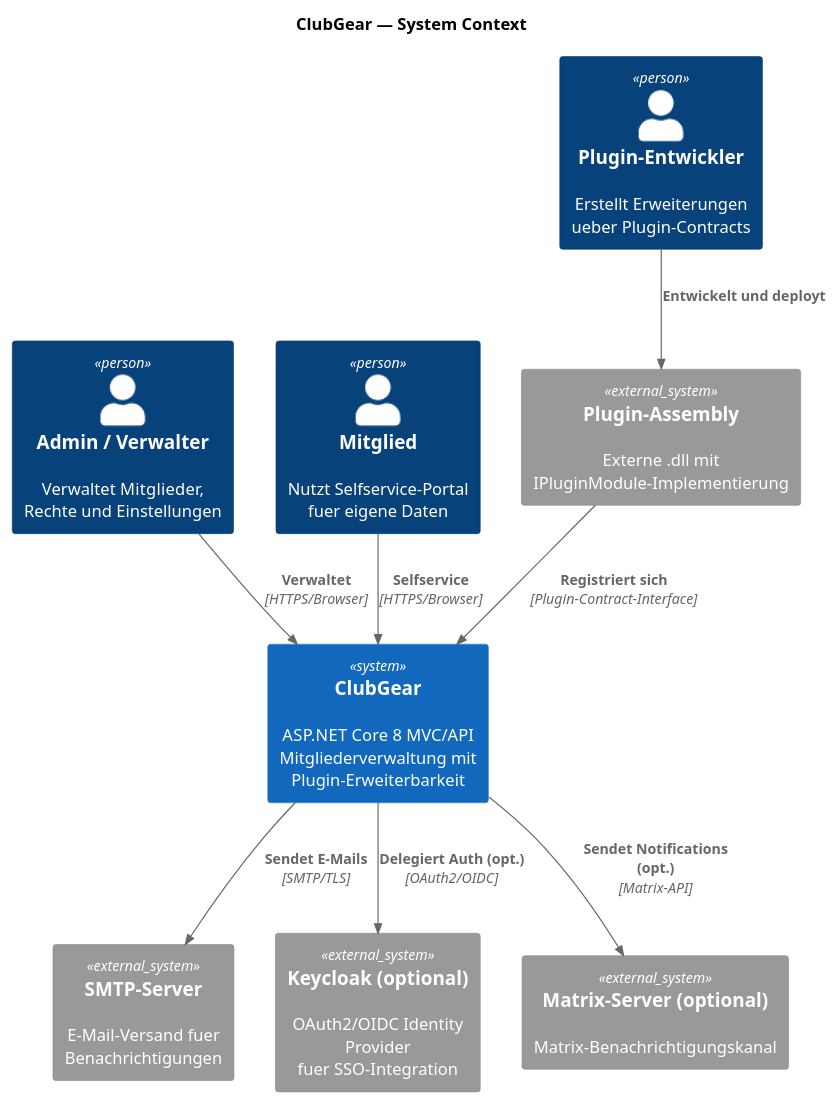
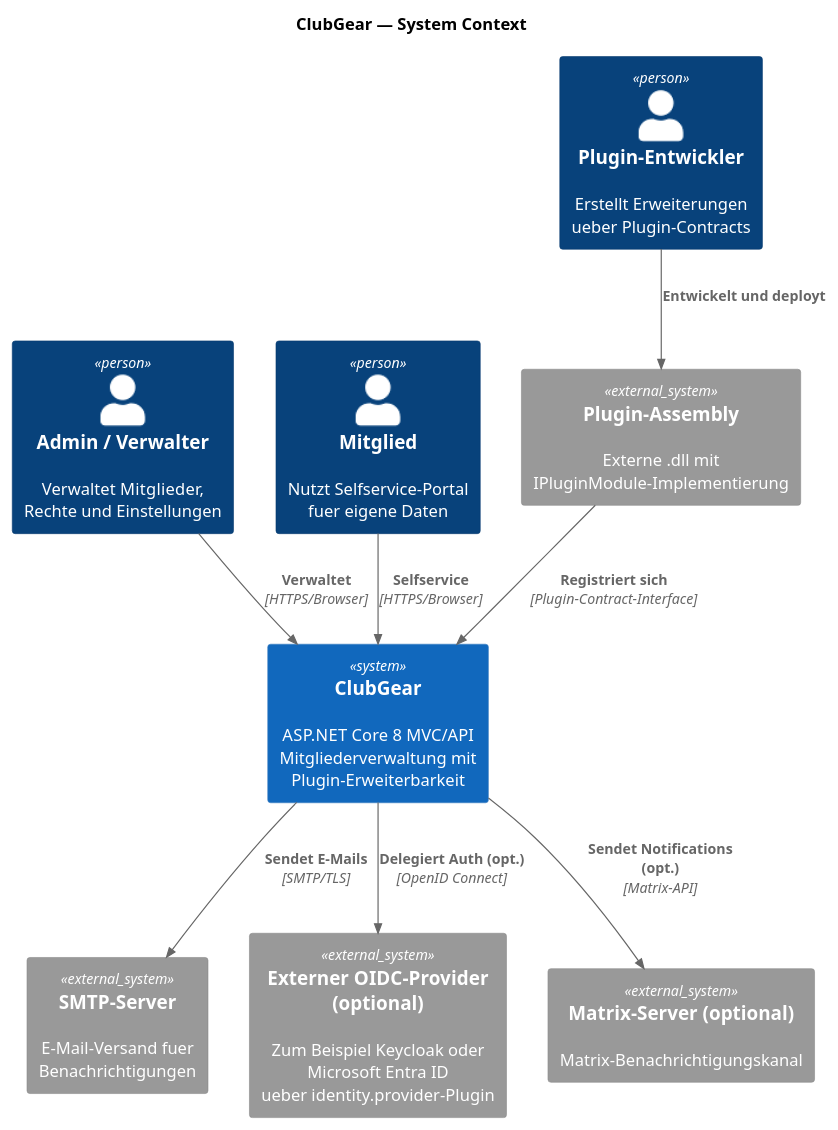
One commit to MaBurn/ClubGearCore changed the diagram in docs/architecture/diagrams/src/ctx-system-overview.puml. Above: the diagram before and after it, drawn with PlantUML. The commit also changed 375 other files, not shown here.

```diff
--- a/docs/architecture/diagrams/src/ctx-system-overview.puml
+++ b/docs/architecture/diagrams/src/ctx-system-overview.puml
@@ -1,25 +1,25 @@
 @startuml ctx-system-overview
 !include https://raw.githubusercontent.com/plantuml-stdlib/C4-PlantUML/master/C4_Context.puml
 
 title ClubGear — System Context
 
 Person(admin, "Admin / Verwalter", "Verwaltet Mitglieder,\nRechte und Einstellungen")
 Person(member, "Mitglied", "Nutzt Selfservice-Portal\nfuer eigene Daten")
 Person(developer, "Plugin-Entwickler", "Erstellt Erweiterungen\nueber Plugin-Contracts")
 
 System(clubgear, "ClubGear", "ASP.NET Core 8 MVC/API\nMitgliederverwaltung mit\nPlugin-Erweiterbarkeit")
 
 System_Ext(smtp, "SMTP-Server", "E-Mail-Versand fuer\nBenachrichtigungen")
-System_Ext(keycloak, "Keycloak (optional)", "OAuth2/OIDC Identity Provider\nfuer SSO-Integration")
+System_Ext(oidc, "Externer OIDC-Provider (optional)", "Zum Beispiel Keycloak oder Microsoft Entra ID\nueber identity.provider-Plugin")
 System_Ext(matrix, "Matrix-Server (optional)", "Matrix-Benachrichtigungskanal")
 System_Ext(plugin, "Plugin-Assembly", "Externe .dll mit\nIPluginModule-Implementierung")
 
 Rel(admin, clubgear, "Verwaltet", "HTTPS/Browser")
 Rel(member, clubgear, "Selfservice", "HTTPS/Browser")
 Rel(developer, plugin, "Entwickelt und deployt")
 Rel(clubgear, smtp, "Sendet E-Mails", "SMTP/TLS")
-Rel(clubgear, keycloak, "Delegiert Auth (opt.)", "OAuth2/OIDC")
+Rel(clubgear, oidc, "Delegiert Auth (opt.)", "OpenID Connect")
 Rel(clubgear, matrix, "Sendet Notifications (opt.)", "Matrix-API")
 Rel(plugin, clubgear, "Registriert sich", "Plugin-Contract-Interface")
 
 @enduml
```
